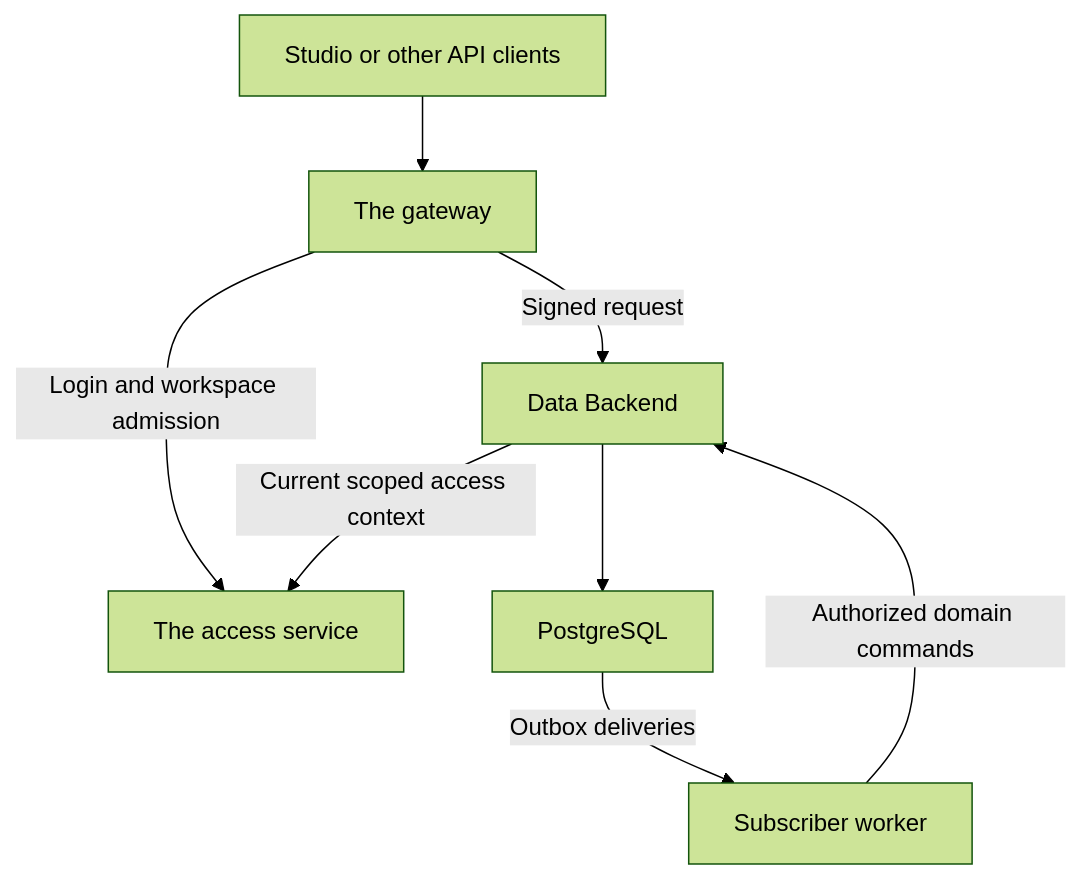
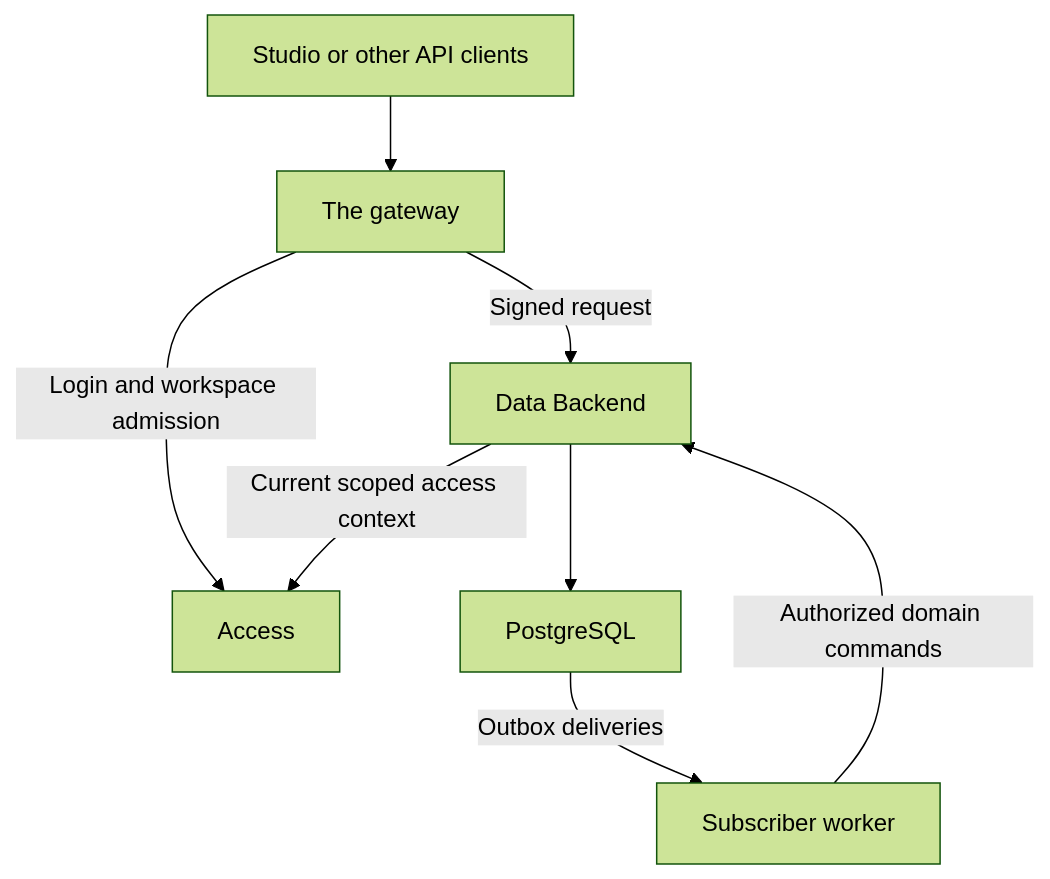
Before and after one commit to ggpwnkthx/platform: the diagram in docs/data/spec.md, drawn with Mermaid (forest theme). The commit also changed other lines of this file and 302 other files, not shown here.

```diff
--- a/docs/data/spec.md
+++ b/docs/data/spec.md
@@ -140,10 +140,10 @@
 ~~~mermaid
 flowchart TD
     Clients["Studio or other API clients"] --> Gateway["The gateway"]
-    Gateway -->|"Login and workspace admission"| Access["The access service"]
+    Gateway -->|"Login and workspace admission"| Access["Access"]
     Gateway -->|"Signed request"| Backend["Data Backend"]
     Backend -->|"Current scoped access context"| Access
     Backend --> Database["PostgreSQL"]
     Database -->|"Outbox deliveries"| Worker["Subscriber worker"]
     Worker -->|"Authorized domain commands"| Backend
 ~~~
```
